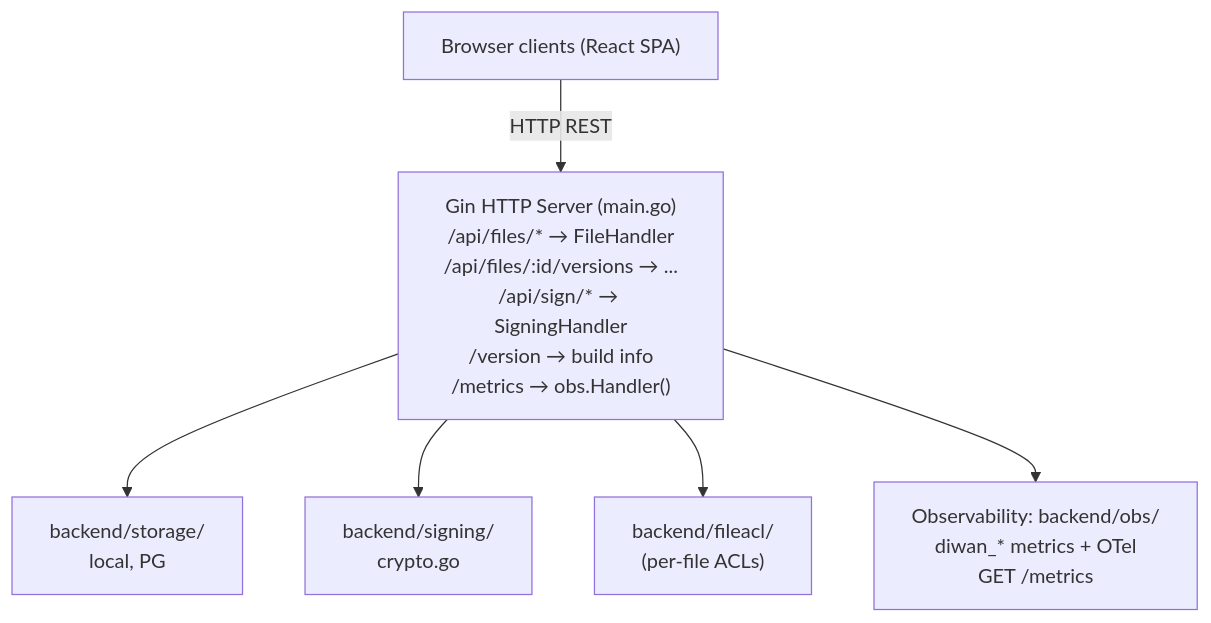
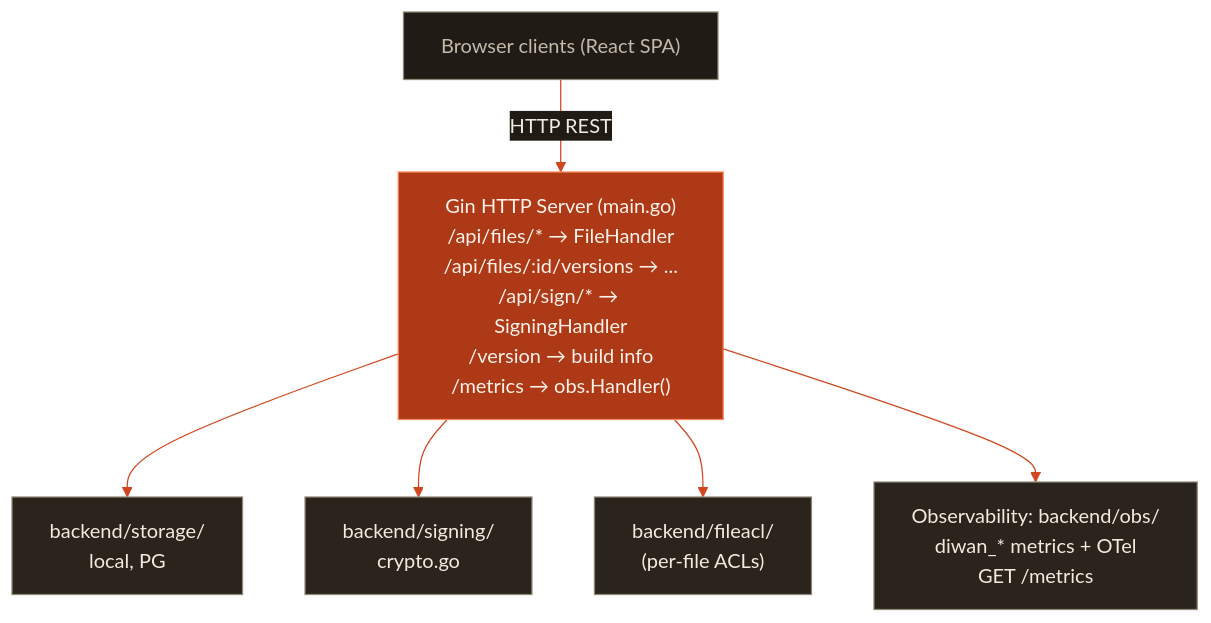
The diagram in docs/ARCHITECTURE.md (vul-os/diwan), drawn with Mermaid before and after one commit. The commit also changed 5 other files, not shown here.

````diff
--- a/docs/ARCHITECTURE.md
+++ b/docs/ARCHITECTURE.md
@@ -77,14 +77,21 @@
 ```mermaid
+%%{init: {'theme':'base','themeVariables':{'fontFamily':'ui-monospace, SFMono-Regular, Menlo, monospace','primaryColor':'#2A241C','primaryBorderColor':'#8E8677','primaryTextColor':'#F1EBE0','lineColor':'#D0471F','edgeLabelBackground':'#201B15','tertiaryTextColor':'#F1EBE0','clusterBorder':'#8E8677','clusterBkg':'transparent'}}}%%
 flowchart TD
+    classDef entry fill:#201B15,stroke:#8E8677,color:#C3BAAC
+    classDef subject fill:#AE3917,stroke:#FF8759,color:#FFF1EA
+    classDef downstream fill:#2A241C,stroke:#8E8677,color:#F1EBE0
     Browser["Browser clients (React SPA)"]
     Server["Gin HTTP Server (main.go)<br/>/api/files/* → FileHandler<br/>/api/files/:id/versions → ...<br/>/api/sign/* → SigningHandler<br/>/version → build info<br/>/metrics → obs.Handler()"]
     Storage["backend/storage/<br/>local, PG"]
     Signing["backend/signing/<br/>crypto.go"]
     Fileacl["backend/fileacl/<br/>(per-file ACLs)"]
     Obs["Observability: backend/obs/<br/>diwan_* metrics + OTel<br/>GET /metrics"]
     Browser -->|"HTTP REST"| Server
     Server --> Storage
     Server --> Signing
     Server --> Fileacl
     Server --> Obs
+    class Browser entry
+    class Server subject
+    class Storage,Signing,Fileacl,Obs downstream
 ```
````
